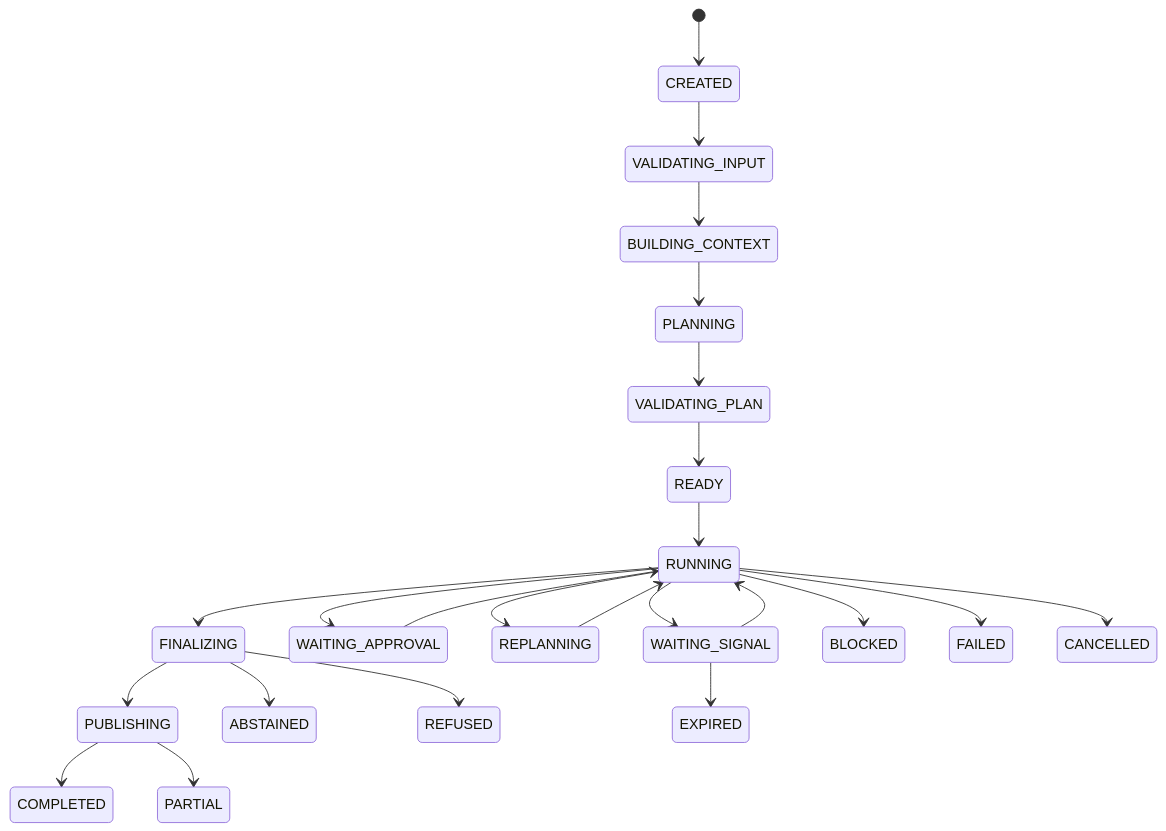
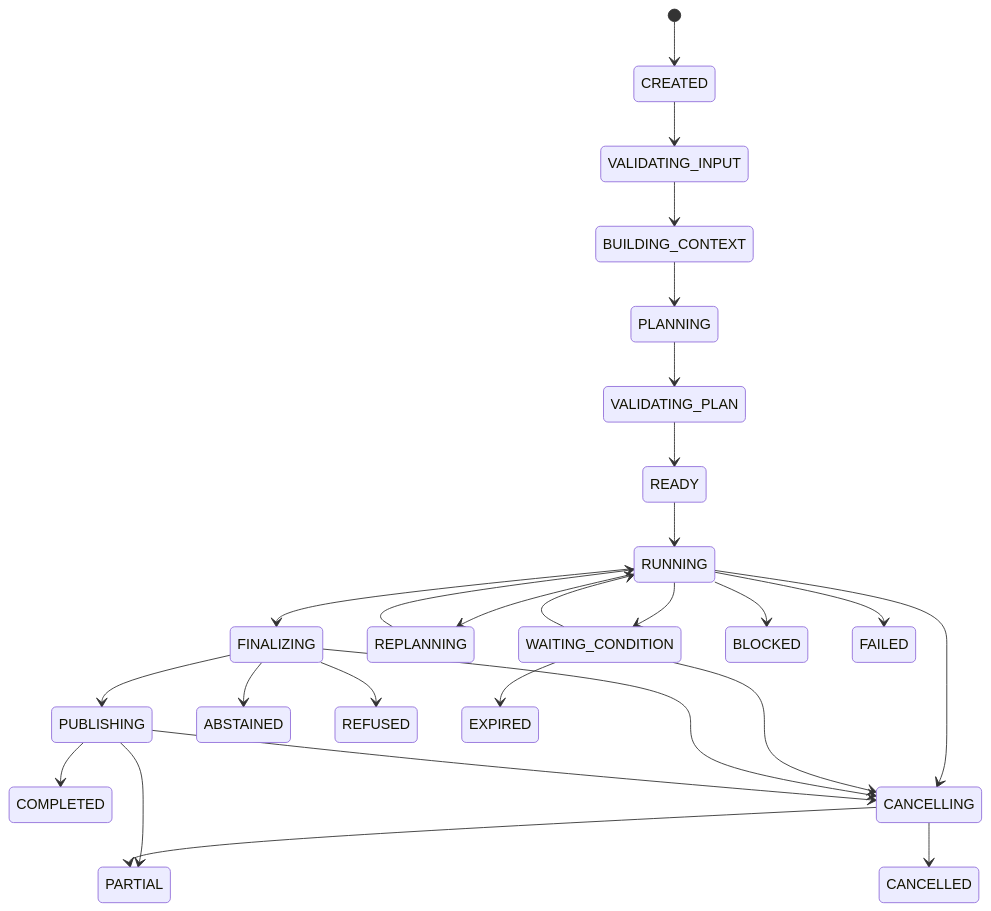
One commit to ProfessorZhi/Zuno changed the diagram in docs/modules/06-agent-core-control-protocols.md. Above: the diagram before and after it, drawn with Mermaid. The commit also changed other lines of this file and 12 other files, not shown here.

Commit message:
docs: complete agent core target architecture protocols

````diff
--- a/docs/modules/06-agent-core-control-protocols.md
+++ b/docs/modules/06-agent-core-control-protocols.md
@@ -286,26 +201,29 @@
 ```mermaid
 stateDiagram-v2
     [*] --> CREATED
     CREATED --> VALIDATING_INPUT
     VALIDATING_INPUT --> BUILDING_CONTEXT
     BUILDING_CONTEXT --> PLANNING
     PLANNING --> VALIDATING_PLAN
     VALIDATING_PLAN --> READY
     READY --> RUNNING
-    RUNNING --> WAITING_SIGNAL
-    RUNNING --> WAITING_APPROVAL
+    RUNNING --> WAITING_CONDITION
+    WAITING_CONDITION --> RUNNING
     RUNNING --> REPLANNING
-    WAITING_SIGNAL --> RUNNING
-    WAITING_APPROVAL --> RUNNING
     REPLANNING --> RUNNING
     RUNNING --> FINALIZING
     FINALIZING --> PUBLISHING
     PUBLISHING --> COMPLETED
     PUBLISHING --> PARTIAL
     FINALIZING --> ABSTAINED
     FINALIZING --> REFUSED
+    RUNNING --> CANCELLING
+    WAITING_CONDITION --> CANCELLING
+    FINALIZING --> CANCELLING
+    PUBLISHING --> CANCELLING
+    CANCELLING --> CANCELLED
+    CANCELLING --> PARTIAL
     RUNNING --> BLOCKED
     RUNNING --> FAILED
-    RUNNING --> CANCELLED
-    WAITING_SIGNAL --> EXPIRED
+    WAITING_CONDITION --> EXPIRED
 ```
````
